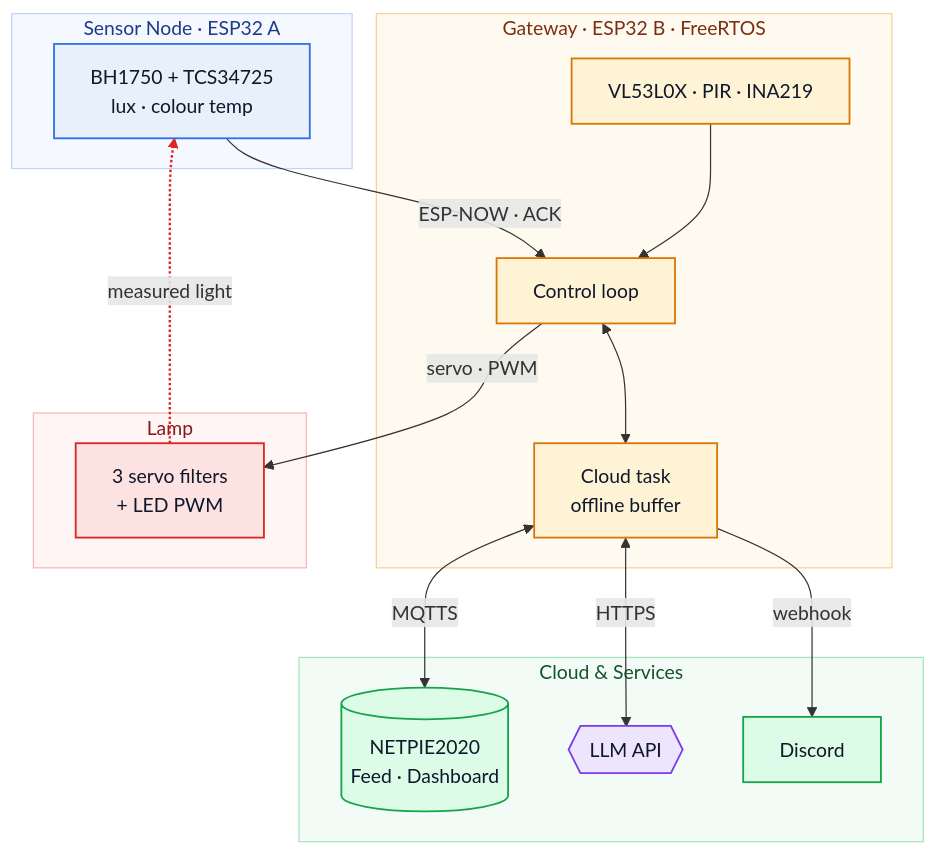
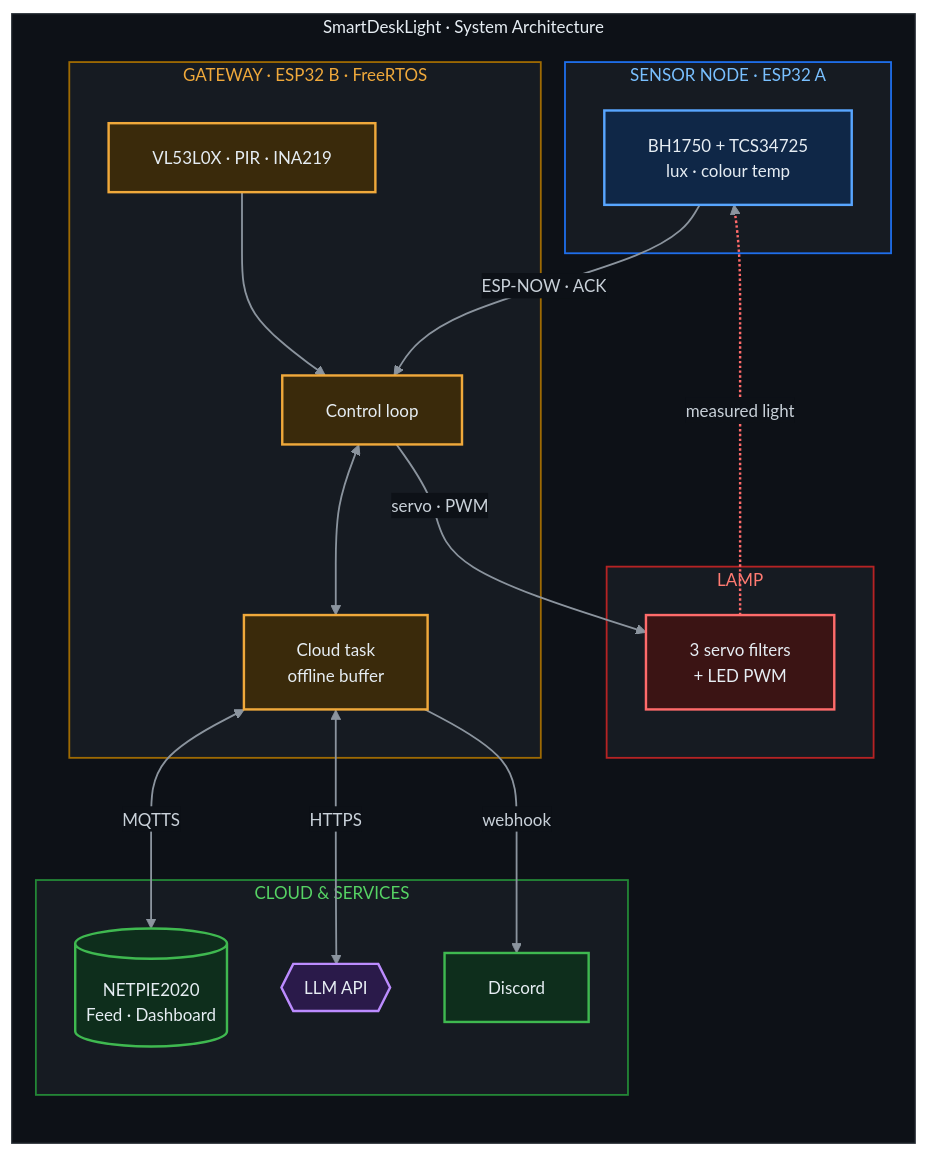
One commit to E3-Embed/SmartDeskLight changed the diagram in README.md. Above: the diagram before and after it, drawn with Mermaid.

Commit message:
docs: dark-theme Mermaid architecture diagram

````diff
--- a/README.md
+++ b/README.md
@@ -26,47 +26,56 @@
 ```mermaid
+%%{init: {"theme": "base", "themeVariables": {"fontFamily": "-apple-system, Segoe UI, Helvetica, Arial, sans-serif", "fontSize": "14px", "background": "#0D1117", "primaryTextColor": "#E6EDF3", "textColor": "#C9D1D9", "lineColor": "#8B949E", "edgeLabelBackground": "#0D1117", "clusterBkg": "#161B22", "clusterBorder": "#30363D", "titleColor": "#E6EDF3"}, "flowchart": {"curve": "basis", "padding": 18, "nodeSpacing": 45, "rankSpacing": 55}}}%%
 flowchart TB
-  subgraph NODE["Sensor Node · ESP32 A"]
-    S["BH1750 + TCS34725<br/>lux · colour temp"]
-  end
+  subgraph SYS["SmartDeskLight · System Architecture"]
+    direction TB
 
-  subgraph GW["Gateway · ESP32 B · FreeRTOS"]
-    G1["VL53L0X · PIR · INA219"]
-    G2["Control loop"]
-    G3["Cloud task<br/>offline buffer"]
-  end
+    subgraph NODE["SENSOR NODE · ESP32 A"]
+      S["BH1750 + TCS34725<br/>lux · colour temp"]
+    end
 
-  subgraph LAMP["Lamp"]
-    L["3 servo filters<br/>+ LED PWM"]
-  end
+    subgraph GW["GATEWAY · ESP32 B · FreeRTOS"]
+      G1["VL53L0X · PIR · INA219"]
+      G2["Control loop"]
+      G3["Cloud task<br/>offline buffer"]
+    end
 
-  subgraph CLOUD["Cloud & Services"]
-    N[("NETPIE2020<br/>Feed · Dashboard")]
-    A{{"LLM API"}}
-    D["Discord"]
+    subgraph LAMP["LAMP"]
+      L["3 servo filters<br/>+ LED PWM"]
+    end
+
+    subgraph CLOUD["CLOUD & SERVICES"]
+      N[("NETPIE2020<br/>Feed · Dashboard")]
+      A{{"LLM API"}}
+      D["Discord"]
+    end
   end
 
   S -->|"ESP-NOW · ACK"| G2
   G1 --> G2
   G2 -->|"servo · PWM"| L
   L -.->|"measured light"| S
   G2 <--> G3
   G3 <-->|"MQTTS"| N
   G3 <-->|"HTTPS"| A
   G3 -->|"webhook"| D
 
-  classDef sense fill:#E8F1FB,stroke:#2F6FEB,stroke-width:1.5px,color:#0F172A
-  classDef edge fill:#FFF3D6,stroke:#D97706,stroke-width:1.5px,color:#0F172A
-  classDef act fill:#FDE2E2,stroke:#DC2626,stroke-width:1.5px,color:#0F172A
-  classDef cloud fill:#DCFCE7,stroke:#16A34A,stroke-width:1.5px,color:#0F172A
-  classDef ai fill:#EDE4FD,stroke:#7C3AED,stroke-width:1.5px,color:#0F172A
+  classDef sense fill:#0F2747,stroke:#58A6FF,stroke-width:2px,color:#E6EDF3
+  classDef edge fill:#3A2A0B,stroke:#F0A93B,stroke-width:2px,color:#E6EDF3
+  classDef act fill:#3B1414,stroke:#FF6B6B,stroke-width:2px,color:#E6EDF3
+  classDef cloud fill:#0E2E1C,stroke:#3FB950,stroke-width:2px,color:#E6EDF3
+  classDef ai fill:#2A1A4A,stroke:#BC8CFF,stroke-width:2px,color:#E6EDF3
   class S sense
   class G1,G2,G3 edge
   class L act
   class N,D cloud
   class A ai
-  style NODE fill:#F5F8FF,stroke:#BFD3FB,color:#1E3A8A
-  style GW fill:#FFFAF0,stroke:#F5D199,color:#7C2D12
-  style LAMP fill:#FFF5F5,stroke:#F8B4B4,color:#7F1D1D
-  style CLOUD fill:#F2FBF5,stroke:#A7E3BC,color:#14532D
-  linkStyle 3 stroke:#DC2626,stroke-width:2px
+
+  style SYS fill:#0D1117,stroke:#30363D,stroke-width:1px,color:#E6EDF3
+  style NODE fill:#161B22,stroke:#1F6FEB,stroke-width:1.5px,color:#79C0FF
+  style GW fill:#161B22,stroke:#9E6A03,stroke-width:1.5px,color:#F0A93B
+  style LAMP fill:#161B22,stroke:#B62324,stroke-width:1.5px,color:#FF7B72
+  style CLOUD fill:#161B22,stroke:#238636,stroke-width:1.5px,color:#56D364
+
+  linkStyle default stroke:#8B949E,stroke-width:1.5px,color:#C9D1D9
+  linkStyle 3 stroke:#FF6B6B,stroke-width:2px
 ```
````
